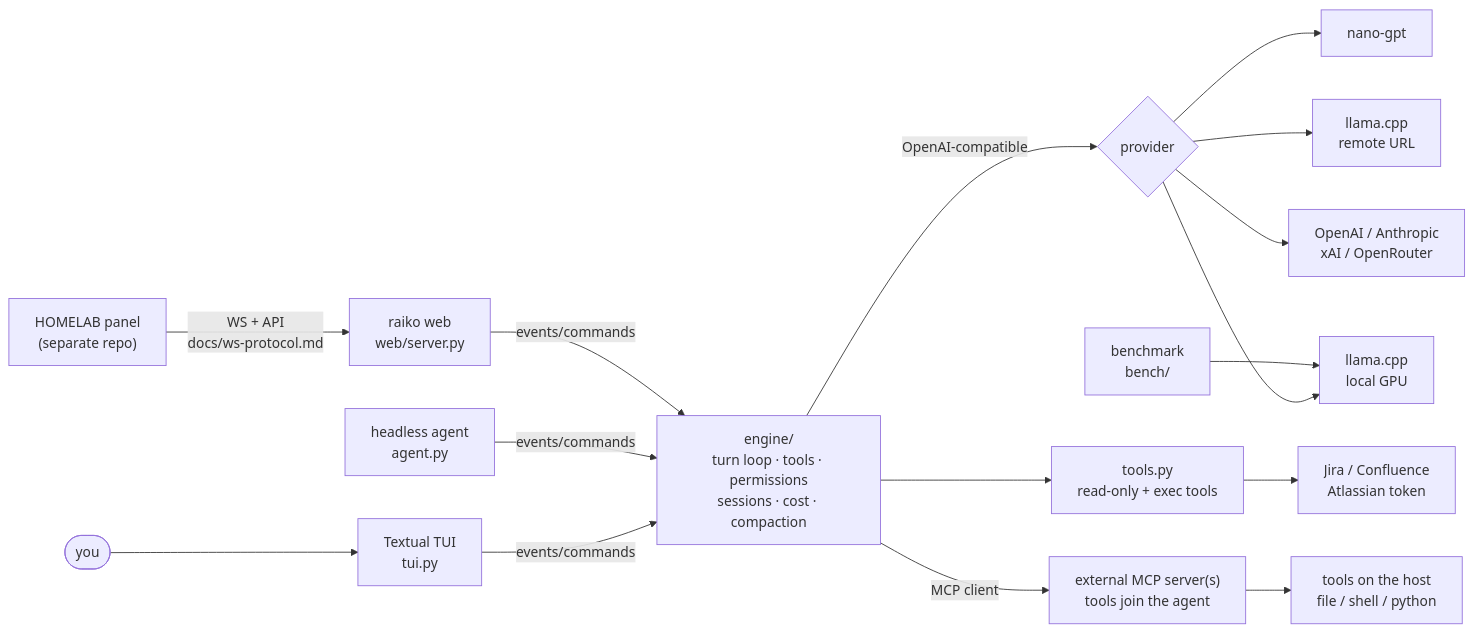
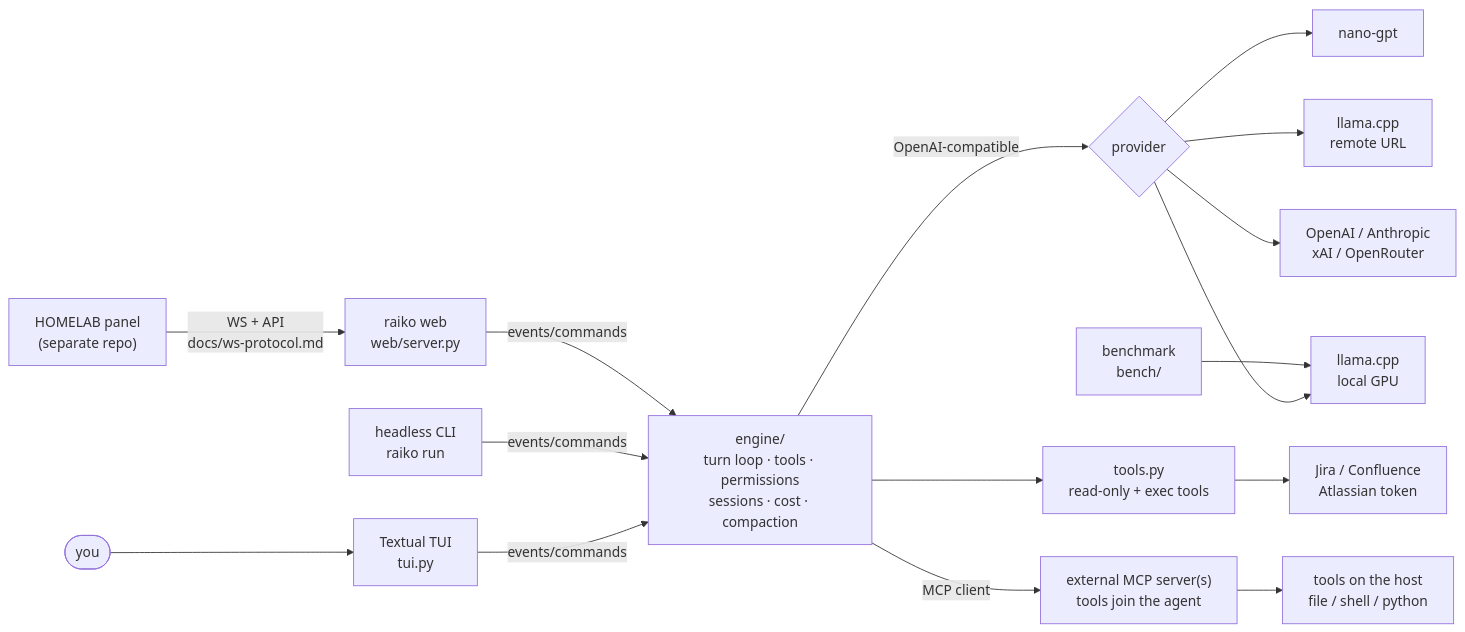
One commit to ajaniramon/raiko-toolkit changed the diagram in README.md. Above: the diagram before and after it, drawn with Mermaid. The commit also changed other lines of this file and 6 other files, not shown here.

First line of the commit message:
refactor(cli): sustituir agent.py por el subcomando 'raiko run'

````diff
--- a/README.md
+++ b/README.md
@@ -49,19 +49,19 @@
 ```mermaid
 flowchart LR
   you([you]) --> tui["Textual TUI<br>tui.py"]
-  cli["headless agent<br>agent.py"]
+  cli["headless CLI<br>raiko run"]
   hl["HOMELAB panel<br>(separate repo)"] -->|"WS + API<br>docs/ws-protocol.md"| web["raiko web<br>web/server.py"]
   tui -->|events/commands| E["engine/<br>turn loop · tools · permissions<br>sessions · cost · compaction"]
   cli -->|events/commands| E
   web -->|events/commands| E
   E -->|OpenAI-compatible| P{provider}
   P --> nano[nano-gpt]
   P --> local["llama.cpp<br>local GPU"]
   P --> remote["llama.cpp<br>remote URL"]
   P --> cloud["OpenAI / Anthropic<br>xAI / OpenRouter"]
   E --> T["tools.py<br>read-only + exec tools"]
   T --> A["Jira / Confluence<br>Atlassian token"]
   E -->|MCP client| M["external MCP server(s)<br>tools join the agent"]
   M --> T2["tools on the host<br>file / shell / python"]
   B["benchmark<br>bench/"] --> local
 ```
````
